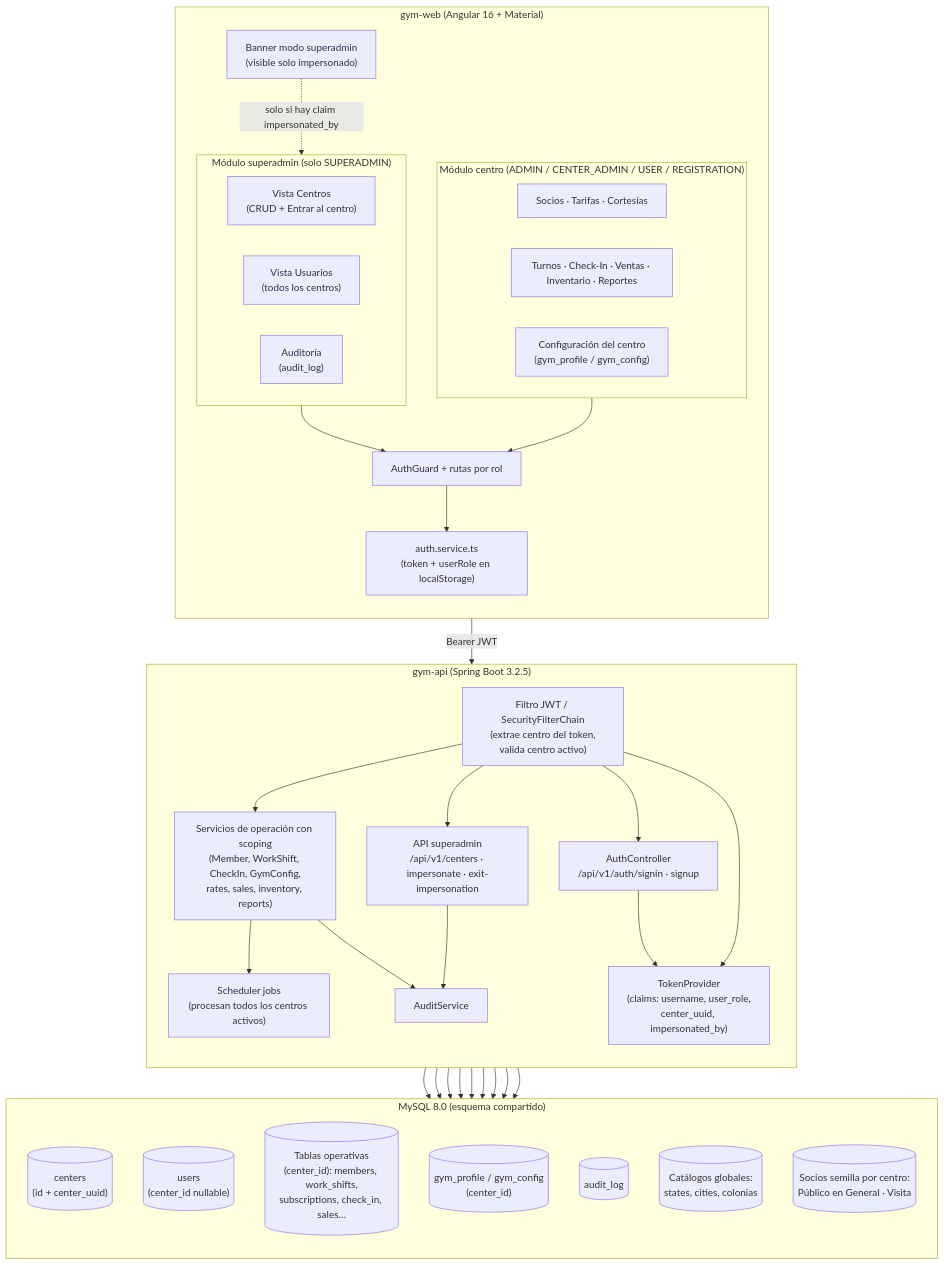
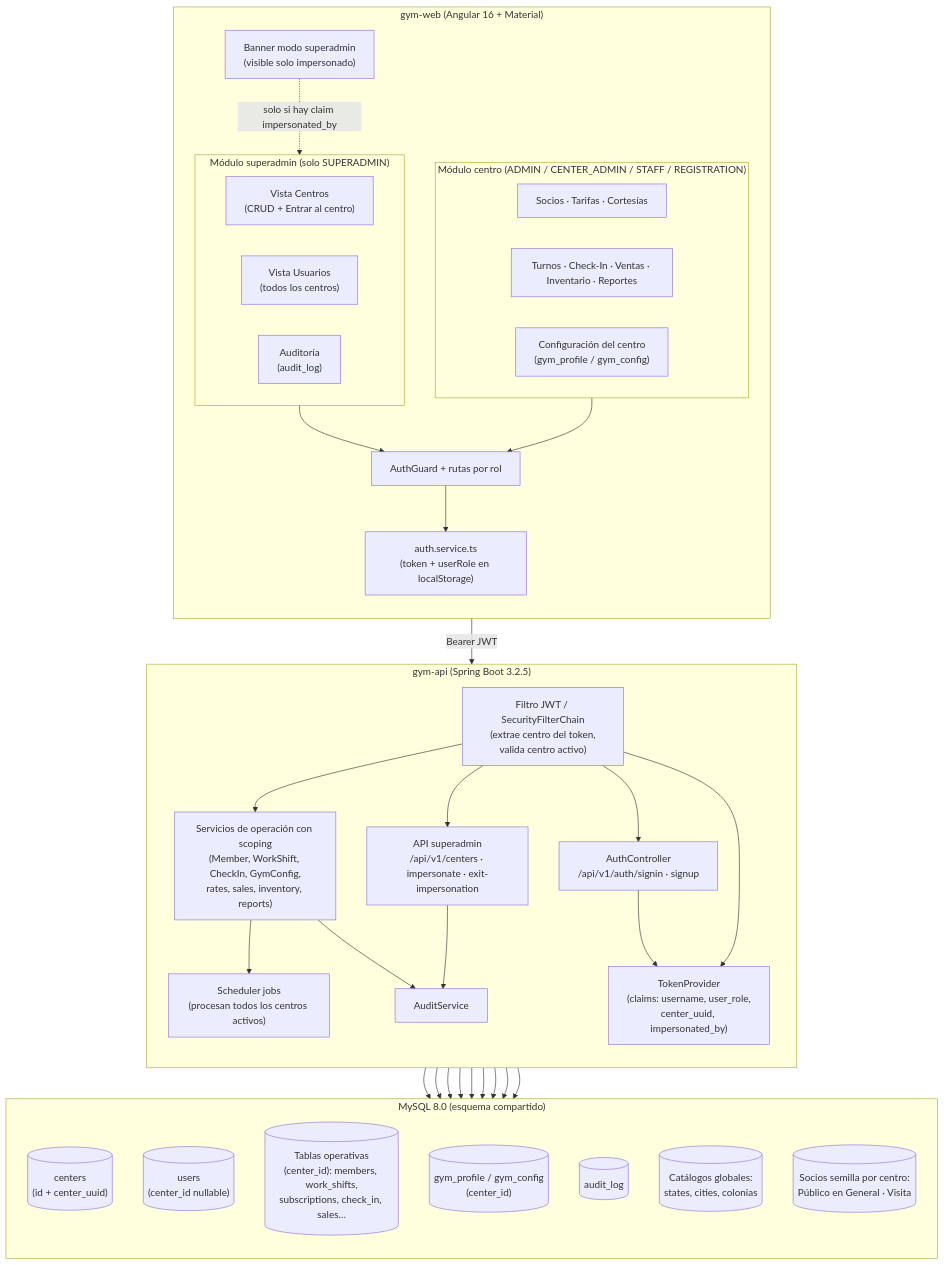
The first of 5 diagrams in doc/diagramas.md (ItzelAbrego/gym-documentation), drawn with Mermaid before and after one commit. The commit also changed 10 other files, not shown here.

````diff
--- a/doc/diagramas.md
+++ b/doc/diagramas.md
@@ -7,64 +7,64 @@
 ```mermaid
 flowchart TB
     subgraph WEB["gym-web (Angular 16 + Material)"]
         direction TB
         subgraph WSA["Módulo superadmin (solo SUPERADMIN)"]
             VISTA_C["Vista Centros<br/>(CRUD + Entrar al centro)"]
             VISTA_U["Vista Usuarios<br/>(todos los centros)"]
             VISTA_A["Auditoría<br/>(audit_log)"]
         end
-        subgraph WC["Módulo centro (ADMIN / CENTER_ADMIN / USER / REGISTRATION)"]
+        subgraph WC["Módulo centro (ADMIN / CENTER_ADMIN / STAFF / REGISTRATION)"]
             VSOC["Socios · Tarifas · Cortesías"]
             VTUR["Turnos · Check-In · Ventas · Inventario · Reportes"]
             VCFG["Configuración del centro<br/>(gym_profile / gym_config)"]
         end
         BANNER["Banner modo superadmin<br/>(visible solo impersonado)"]
         AUTHS["auth.service.ts<br/>(token + userRole en localStorage)"]
         GUARD["AuthGuard + rutas por rol"]
     end
 
     subgraph API["gym-api (Spring Boot 3.2.5)"]
         direction TB
         AC["AuthController<br/>/api/v1/auth/signin · signup"]
         TP["TokenProvider<br/>(claims: username, user_role,<br/>center_uuid, impersonated_by)"]
         FILTER["Filtro JWT / SecurityFilterChain<br/>(extrae centro del token,<br/>valida centro activo)"]
         SAPI["API superadmin<br/>/api/v1/centers · impersonate · exit-impersonation"]
         SVC["Servicios de operación con scoping<br/>(Member, WorkShift, CheckIn, GymConfig,<br/>rates, sales, inventory, reports)"]
         AUD["AuditService"]
         JOB["Scheduler jobs<br/>(procesan todos los centros activos)"]
     end
 
     subgraph DB["MySQL 8.0 (esquema compartido)"]
         direction TB
         CENTERS[("centers<br/>(id + center_uuid)")]
         USERS[("users<br/>(center_id nullable)")]
         OPER[("Tablas operativas<br/>(center_id): members, work_shifts,<br/>subscriptions, check_in, sales…")]
         CFG[("gym_profile / gym_config<br/>(center_id)")]
         AUDIT[("audit_log")]
         CAT[("Catálogos globales:<br/>states, cities, colonias")]
         SEED[("Socios semilla por centro:<br/>Público en General · Visita")]
     end
 
     WSA --> GUARD
     WC --> GUARD
     GUARD --> AUTHS
     AUTHS -- "Bearer JWT" --> FILTER
     FILTER --> AC
     FILTER --> SAPI
     FILTER --> SVC
     SVC --> JOB
     SAPI --> AUD
     SVC --> AUD
     AUD --> AUDIT
     FILTER --> TP
     AC --> TP
     SAPI --> CENTERS
     SAPI --> USERS
     SVC --> USERS
     SVC --> OPER
     SVC --> CFG
     SVC --> SEED
     SVC --> CAT
     AUD --> AUDIT
     BANNER -. "solo si hay claim impersonated_by" .-> WSA
 ```
````
